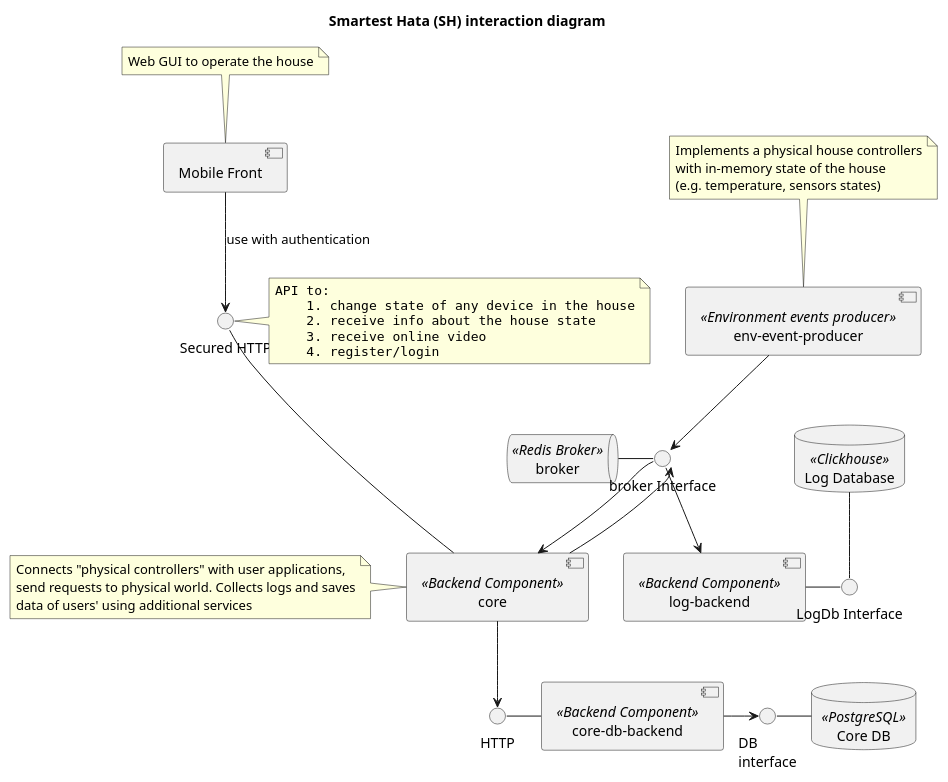
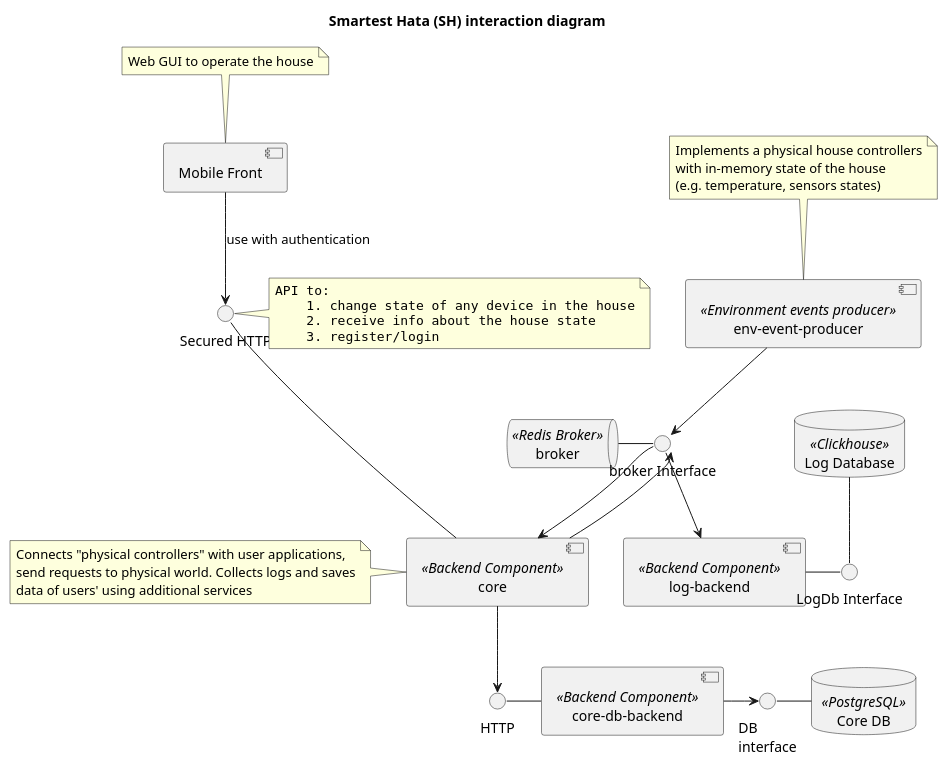
Before and after one commit to Busygind/smartest-dacha-macho-hata-house: the diagram in system-sequence-diagram.puml, drawn with PlantUML. The commit also changed 5 other files, not shown here.

```diff
--- a/system-sequence-diagram.puml
+++ b/system-sequence-diagram.puml
@@ -1,73 +1,72 @@
 @startuml
 title "Smartest Hata (SH) interaction diagram"
 
 
 component [core] as Core <<Backend Component>>
 note left
 Connects "physical controllers" with user applications,
 send requests to physical world. Collects logs and saves
 data of users' using additional services
 end note
 
 
 interface "Secured HTTP" as SecuredMobileBackendHttpInterface
 note left
 <code>
 API to:
     1. change state of any device in the house
     2. receive info about the house state
-    3. receive online video
-    4. register/login
+    3. register/login
 </code>
 end note
 
 SecuredMobileBackendHttpInterface --- Core
 
 database "Log Database" as LogDB <<Clickhouse>>
 interface "LogDb Interface" as LogDbInterface
 LogDB -- LogDbInterface
 
 component [log-backend] as LogBackend <<Backend Component>> {
 
 }
 LogBackend - LogDbInterface
 
 queue "broker" as SHBroker <<Redis Broker>>
 interface "broker Interface" as BrokerInterface
 
 SHBroker - BrokerInterface
 
 BrokerInterface <-- Core
 BrokerInterface --> LogBackend
 
 database "Core DB" as SHDB <<PostgreSQL>>
 interface "DB\ninterface" as SHDBInterface
 SHDBInterface - SHDB
 
 component [core-db-backend] as CoreDb <<Backend Component>> {
 
 }
 CoreDb -> SHDBInterface
 interface "HTTP" as DbBackendHttpInterface
 DbBackendHttpInterface - CoreDb
 Core --> DbBackendHttpInterface
 
 component [env-event-producer] as envEventProducer <<Environment events producer>>
 note top
 Implements a physical house controllers
 with in-memory state of the house
 (e.g. temperature, sensors states)
 end note
 
 
 envEventProducer --> BrokerInterface
 BrokerInterface -> Core
 
 component "Mobile Front" as mobileFront
 note top
 Web GUI to operate the house
 end note
 
 mobileFront --> SecuredMobileBackendHttpInterface : use with authentication
 
 @enduml
```
